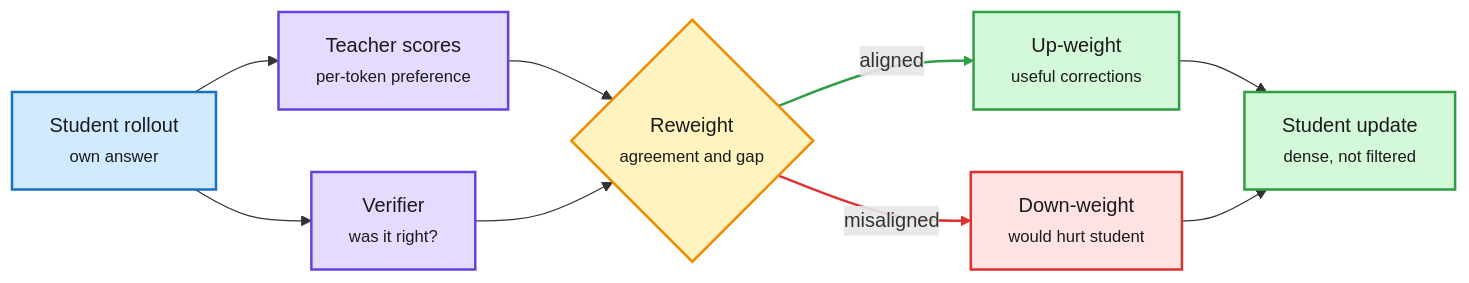
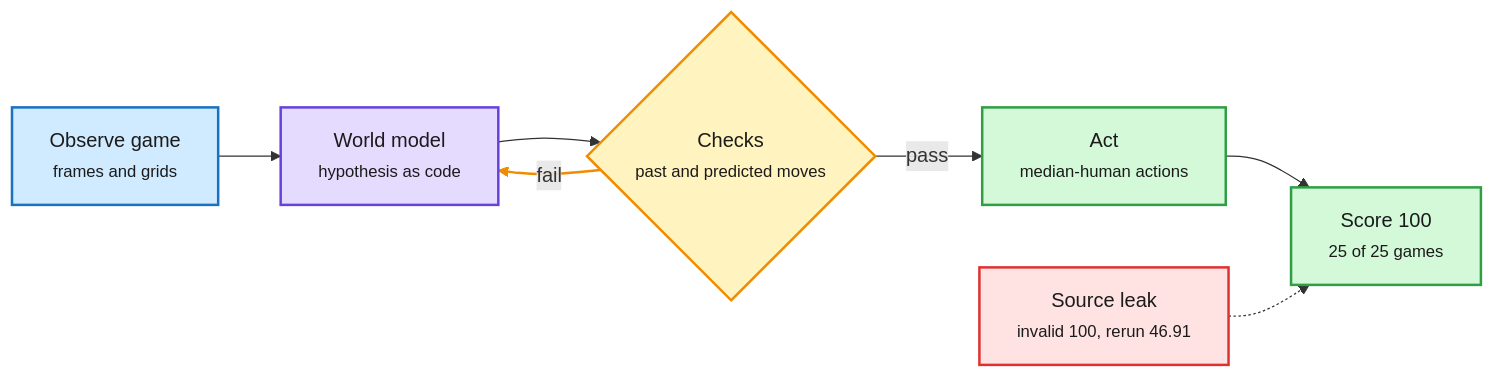
Before and after one commit to bayesiansapien/cere-bro: the fourth of 7 diagrams in wiki/daily-digest/2026-10/2026-10-04.md, drawn with Mermaid. The commit also changed other lines of this file, not shown here.

````diff
--- a/wiki/daily-digest/2026-10/2026-10-04.md
+++ b/wiki/daily-digest/2026-10/2026-10-04.md
@@ -156,23 +226,20 @@
 ```mermaid
 flowchart LR
-  S["Student rollout<br/><small>own answer</small>"] --> T["Teacher scores<br/><small>per-token preference</small>"]
-  S --> V["Verifier<br/><small>was it right?</small>"]
-  T --> W{"Reweight<br/><small>agreement and gap</small>"}
-  V --> W
-  W -->|aligned| U["Up-weight<br/><small>useful corrections</small>"]
-  W -->|misaligned| D["Down-weight<br/><small>would hurt student</small>"]
-  U --> G["Student update<br/><small>dense, not filtered</small>"]
-  D --> G
+  O["Observe game<br/><small>frames and grids</small>"] --> W["World model<br/><small>hypothesis as code</small>"]
+  W --> R{"Checks<br/><small>past and predicted moves</small>"}
+  R -->|fail| W
+  R -->|pass| A["Act<br/><small>median-human actions</small>"]
+  A --> S["Score 100<br/><small>25 of 25 games</small>"]
+  L["Source leak<br/><small>invalid 100, rerun 46.91</small>"] -.-> S
   classDef input fill:#d0ebff,stroke:#1971c2,color:#1b1b1b,stroke-width:2px
   classDef core fill:#e5dbff,stroke:#6741d9,color:#1b1b1b,stroke-width:2px
   classDef loop fill:#fff3bf,stroke:#f08c00,color:#1b1b1b,stroke-width:2px
   classDef exit fill:#d3f9d8,stroke:#2f9e44,color:#1b1b1b,stroke-width:2px
   classDef err fill:#ffe3e3,stroke:#e03131,color:#1b1b1b,stroke-width:2px
-  class S input
-  class T,V core
-  class W loop
-  class U,G exit
-  class D err
-  linkStyle 4 stroke:#2f9e44,stroke-width:2px
-  linkStyle 5 stroke:#e03131,stroke-width:2px
+  class O input
+  class W core
+  class R loop
+  class A,S exit
+  class L err
+  linkStyle 2 stroke:#f08c00,stroke-width:2px
 ```
````
